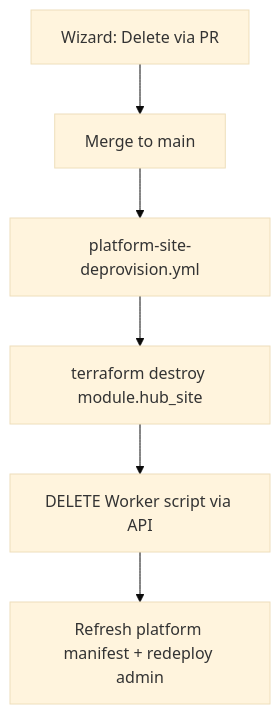
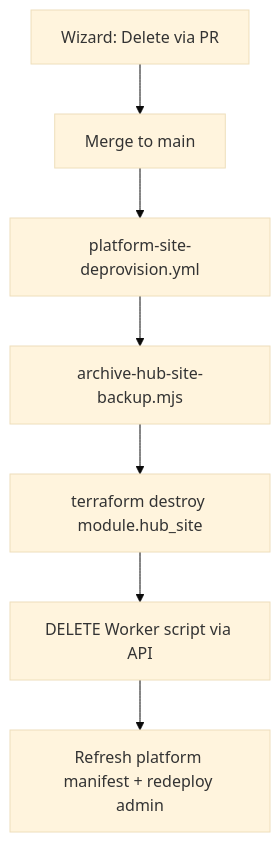
The second of 2 diagrams in docs/platform-provision.md (marklovely/home-dashboard), drawn with Mermaid (base theme) before and after one commit. The commit also changed other lines of this file and 25 other files, not shown here.

First line of the commit message:
Add pre-deprovision site archive and lock controls from sitters.

````diff
--- a/docs/platform-provision.md
+++ b/docs/platform-provision.md
@@ -294,8 +294,9 @@
 ```mermaid
 flowchart TD
   A[Wizard: Delete via PR] --> B[Merge to main]
   B --> C[platform-site-deprovision.yml]
-  C --> D[terraform destroy module.hub_site]
+  C --> A1[archive-hub-site-backup.mjs]
+  A1 --> D[terraform destroy module.hub_site]
   D --> E[DELETE Worker script via API]
   E --> F[Refresh platform manifest + redeploy admin]
 ```
````
